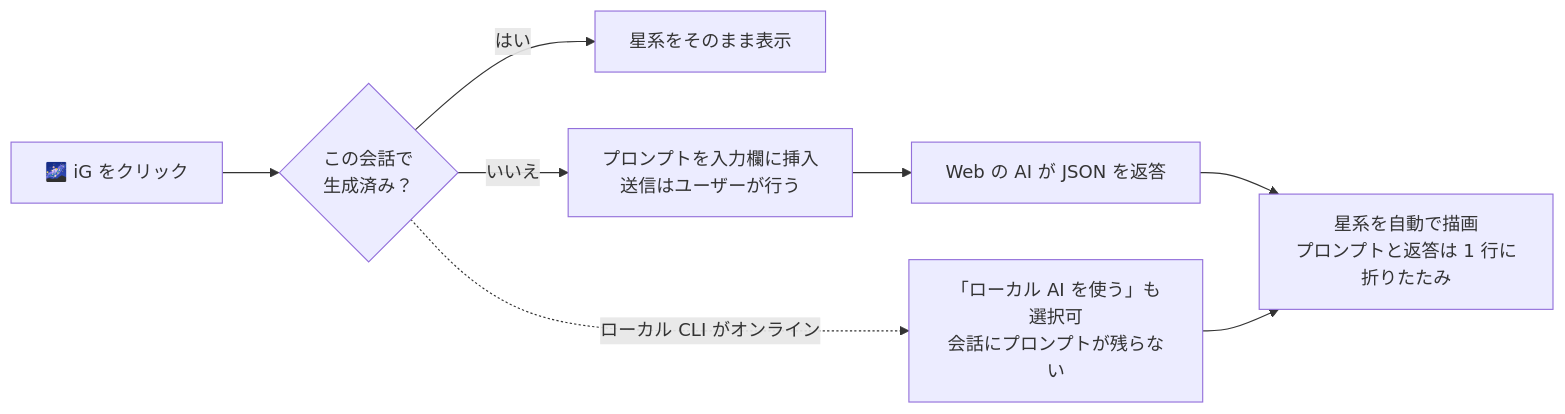
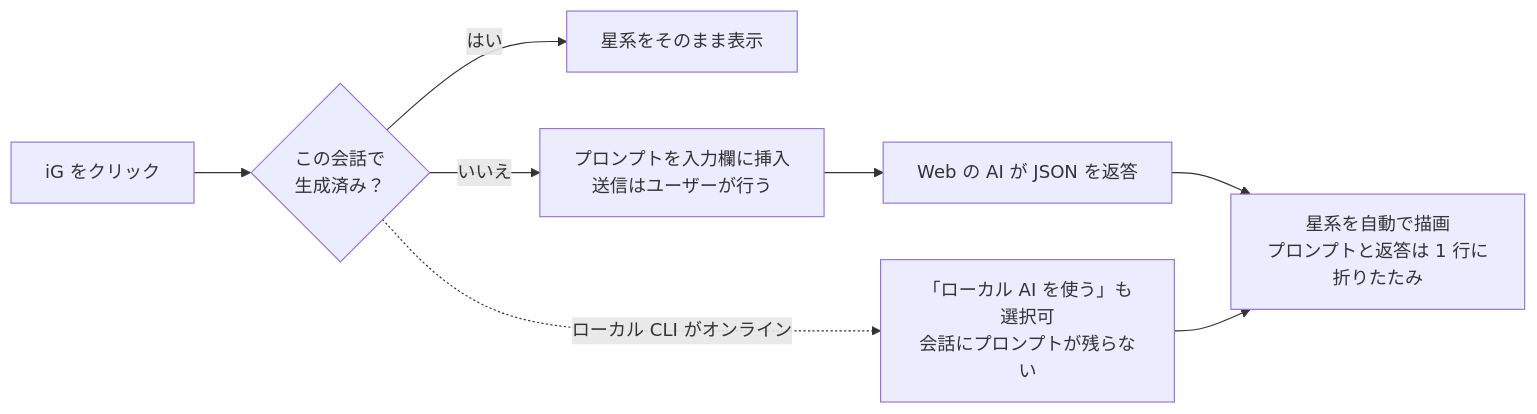
Before and after one commit to stephen-taipei/intent-galaxy: the fourth of 4 diagrams in README.ja.md, drawn with Mermaid. The commit also changed other lines of this file and 86 other files, not shown here.

````diff
--- a/README.ja.md
+++ b/README.ja.md
@@ -235,10 +235,10 @@
 ```mermaid
 flowchart LR
-    A["🌌 iG をクリック"] --> B{"この会話で<br/>生成済み？"}
+    A["iG をクリック"] --> B{"この会話で<br/>生成済み？"}
     B -- はい --> C["星系をそのまま表示"]
     B -- いいえ --> D["プロンプトを入力欄に挿入<br/>送信はユーザーが行う"]
     D --> E["Web の AI が JSON を返答"]
     E --> F["星系を自動で描画<br/>プロンプトと返答は 1 行に折りたたみ"]
     B -. ローカル CLI がオンライン .-> G["「ローカル AI を使う」も選択可<br/>会話にプロンプトが残らない"]
     G --> F
 ```
````
